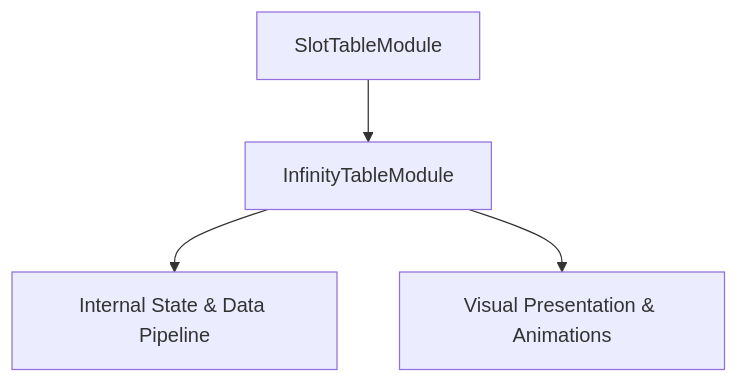
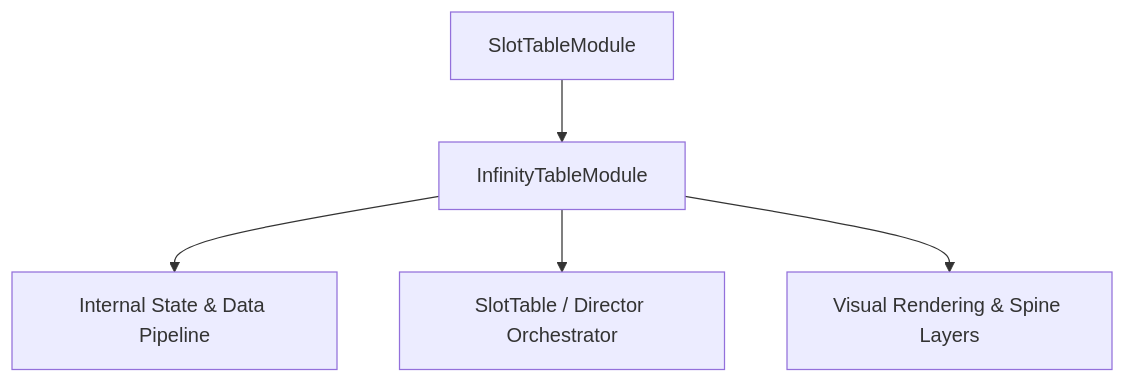
The diagram in docs/cc_slot_mechanics/modules/InfinityTableModule/01_overview/01_architecture_and_role.md (lam-ark/mcp-fwcc), drawn with Mermaid before and after one commit. The commit also changed other lines of this file and 2509 other files, not shown here.

````diff
--- a/docs/cc_slot_mechanics/modules/InfinityTableModule/01_overview/01_architecture_and_role.md
+++ b/docs/cc_slot_mechanics/modules/InfinityTableModule/01_overview/01_architecture_and_role.md
@@ -18,6 +24,7 @@
 ```mermaid
 graph TD
-    Parent[SlotTableModule] --> Mod[InfinityTableModule]
-    Mod --> State[Internal State & Data Pipeline]
-    Mod --> Render[Visual Presentation & Animations]
+    SuperClass[SlotTableModule] --> TargetClass[InfinityTableModule]
+    TargetClass --> DataPipeline[Internal State & Data Pipeline]
+    TargetClass --> Orchestrator[SlotTable / Director Orchestrator]
+    TargetClass --> ViewLayer[Visual Rendering & Spine Layers]
 ```
````
